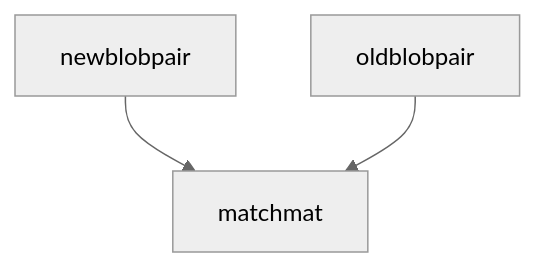
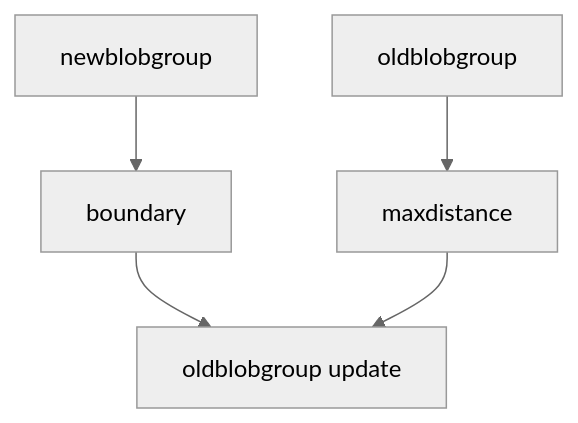
Before and after one commit to ISCAS007/backgroundDetector: the seventh of 7 diagrams in tracking/readme.md, drawn with Mermaid (neutral theme). The commit also changed other lines of this file and 1 other file, not shown here.

```diff
--- a/tracking/readme.md
+++ b/tracking/readme.md
@@ -50,5 +126,7 @@
 ~~~mermaid
 graph TD;
-	newblobpair-->a[matchmat]
-	oldblobpair-->a[matchmat]
+	newblobgroup-->boundary
+	boundary-->a[oldblobgroup update]
+	oldblobgroup-->maxdistance
+	maxdistance-->a
 ~~~
```
